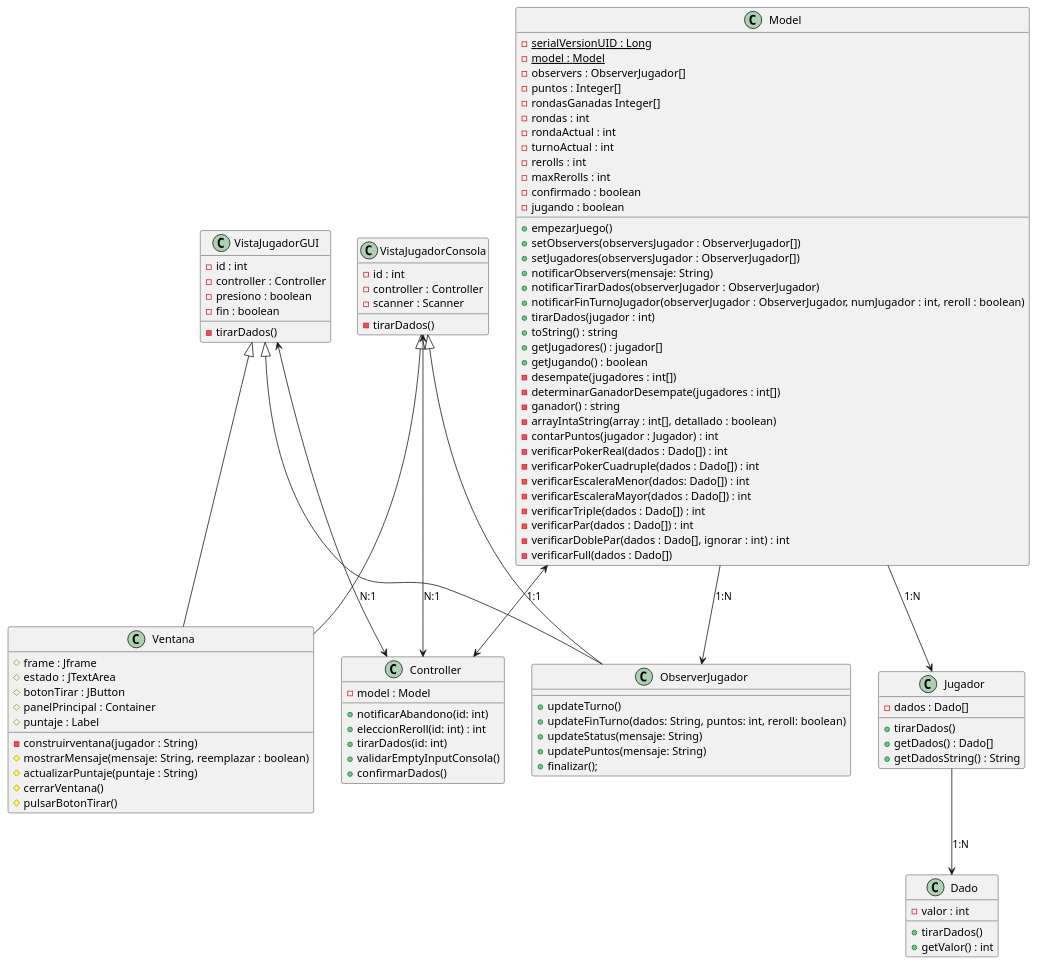
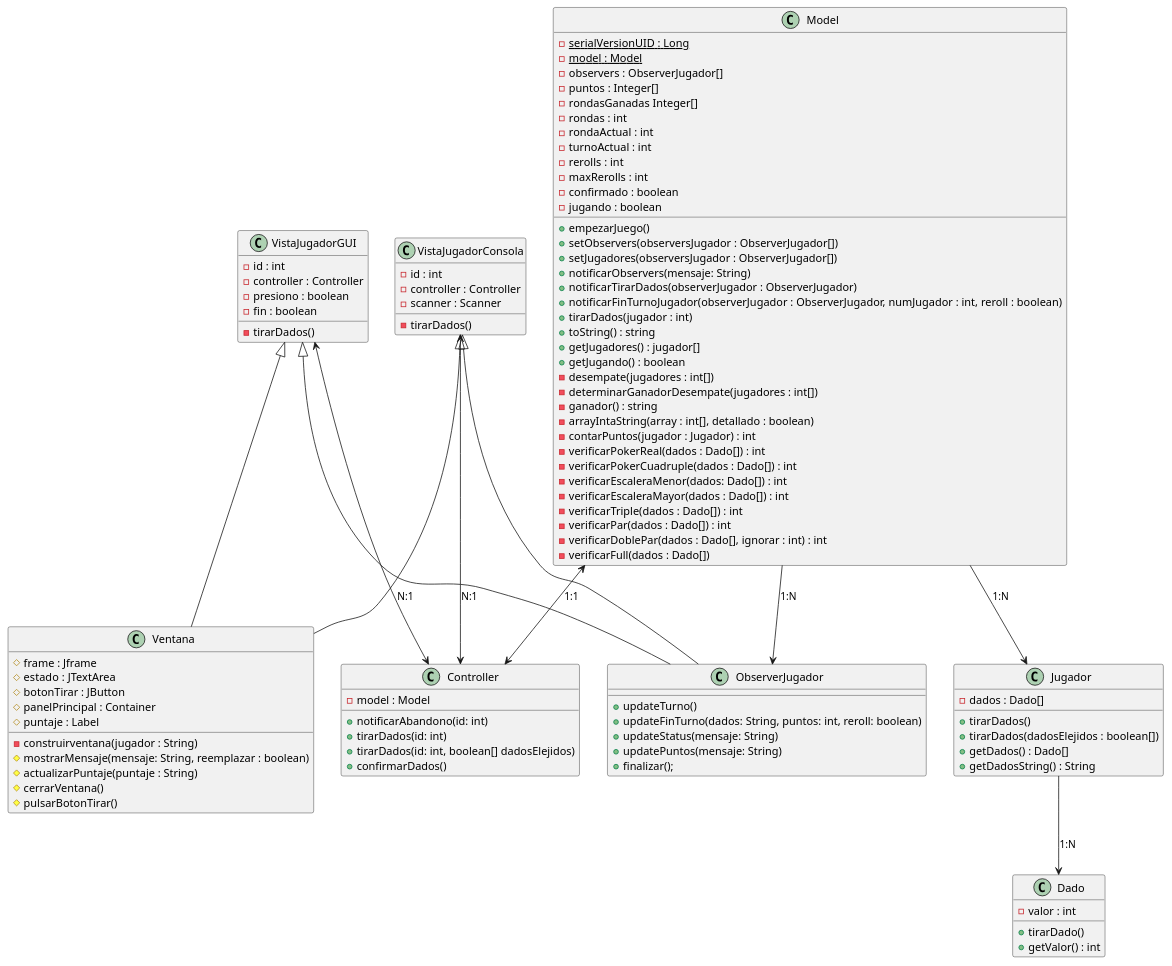
Before and after one commit to olivieri321/PokerDados: the diagram in src/out/production/PokerDados/UML.puml, drawn with PlantUML. The commit also changed 9 other files, not shown here.

```diff
--- a/src/out/production/PokerDados/UML.puml
+++ b/src/out/production/PokerDados/UML.puml
@@ -1,116 +1,116 @@
 @startuml
 class ObserverJugador {
     + updateTurno()
     + updateFinTurno(dados: String, puntos: int, reroll: boolean)
     + updateStatus(mensaje: String)
     + updatePuntos(mensaje: String)
     + finalizar();
 }
 
 class Ventana{
     # frame : Jframe
     # estado : JTextArea
     # botonTirar : JButton
     # panelPrincipal : Container
     # puntaje : Label
 
 
     - construirventana(jugador : String)
     # mostrarMensaje(mensaje: String, reemplazar : boolean)
     # actualizarPuntaje(puntaje : String)
     # cerrarVentana()
     # pulsarBotonTirar()
 }
 
 class VistaJugadorGUI{
     - id : int
     - controller : Controller
     - presiono : boolean
     - fin : boolean
 
     - tirarDados()
 }
 
 class VistaJugadorConsola{
     - id : int
     - controller : Controller
     - scanner : Scanner
 
     - tirarDados()
 }
 
 class Controller {
     - model : Model
 
     + notificarAbandono(id: int)
-    + eleccionReroll(id: int) : int
     + tirarDados(id: int)
-    + validarEmptyInputConsola()
+    + tirarDados(id: int, boolean[] dadosElejidos)
     + confirmarDados()
 }
 
 class Model {
     {static} - serialVersionUID : Long
     {static} - model : Model
     - observers : ObserverJugador[]
     - puntos : Integer[]
     - rondasGanadas Integer[]
     - rondas : int
     - rondaActual : int
     - turnoActual : int
     - rerolls : int
     - maxRerolls : int
     - confirmado : boolean
     - jugando : boolean
 
     + empezarJuego()
     + setObservers(observersJugador : ObserverJugador[])
     + setJugadores(observersJugador : ObserverJugador[])
     + notificarObservers(mensaje: String)
     + notificarTirarDados(observerJugador : ObserverJugador)
     + notificarFinTurnoJugador(observerJugador : ObserverJugador, numJugador : int, reroll : boolean)
     + tirarDados(jugador : int)
     + toString() : string
     + getJugadores() : jugador[]
     + getJugando() : boolean
     - desempate(jugadores : int[])
     - determinarGanadorDesempate(jugadores : int[])
     - ganador() : string
     - arrayIntaString(array : int[], detallado : boolean)
     - contarPuntos(jugador : Jugador) : int
     - verificarPokerReal(dados : Dado[]) : int
     - verificarPokerCuadruple(dados : Dado[]) : int
     - verificarEscaleraMenor(dados: Dado[]) : int
     - verificarEscaleraMayor(dados : Dado[]) : int
     - verificarTriple(dados : Dado[]) : int
     - verificarPar(dados : Dado[]) : int
     - verificarDoblePar(dados : Dado[], ignorar : int) : int
     - verificarFull(dados : Dado[])
 }
 
 class Jugador{
     - dados : Dado[]
 
     + tirarDados()
+    + tirarDados(dadosElejidos : boolean[])
     + getDados() : Dado[]
     + getDadosString() : String
 }
 
 class Dado{
     - valor : int
 
-    + tirarDados()
+    + tirarDado()
     + getValor() : int
 }
 
 VistaJugadorGUI <|-- Ventana
 VistaJugadorGUI <|-- ObserverJugador
 VistaJugadorConsola <|-- Ventana
 VistaJugadorConsola <|-- ObserverJugador
 VistaJugadorGUI <--> Controller : N:1
 VistaJugadorConsola <--> Controller : N:1
 Jugador --> Dado : 1:N
 Model --> Jugador : 1:N
 Model <--> Controller : 1:1
 Model --> ObserverJugador : 1:N
 @enduml
```
